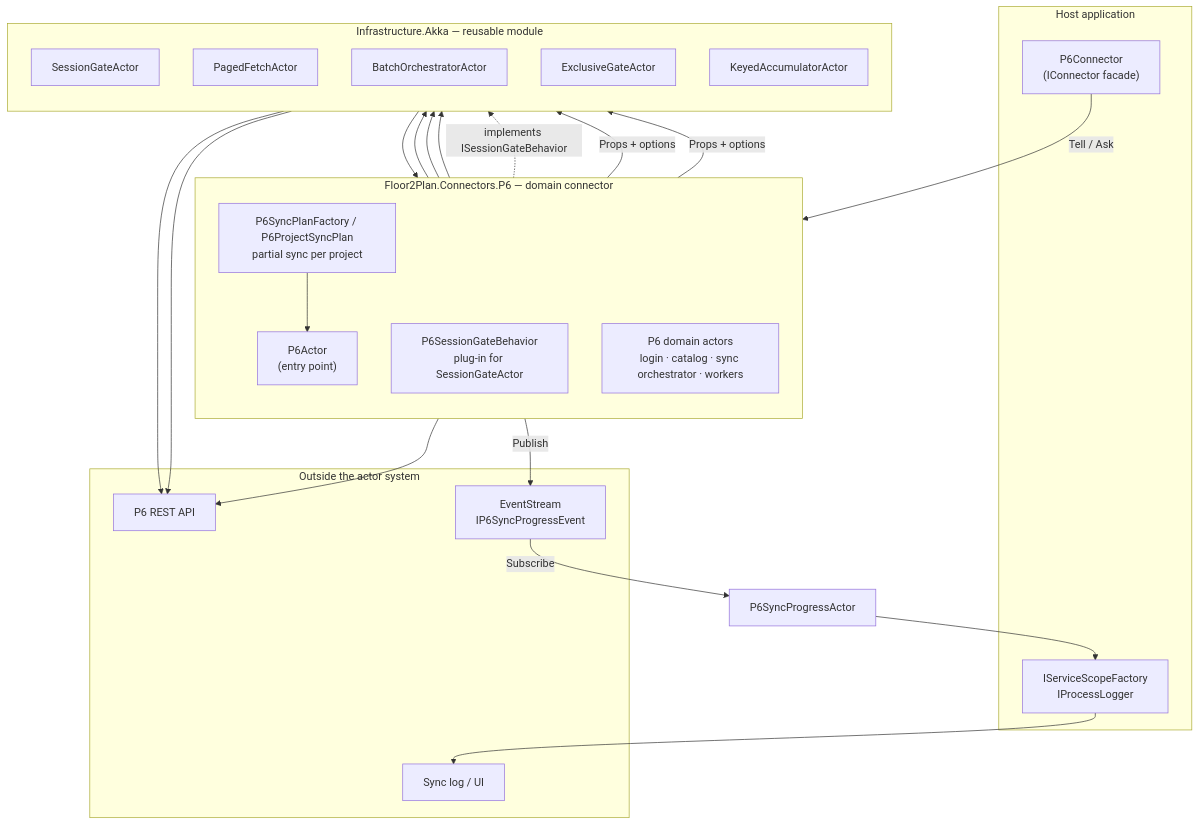
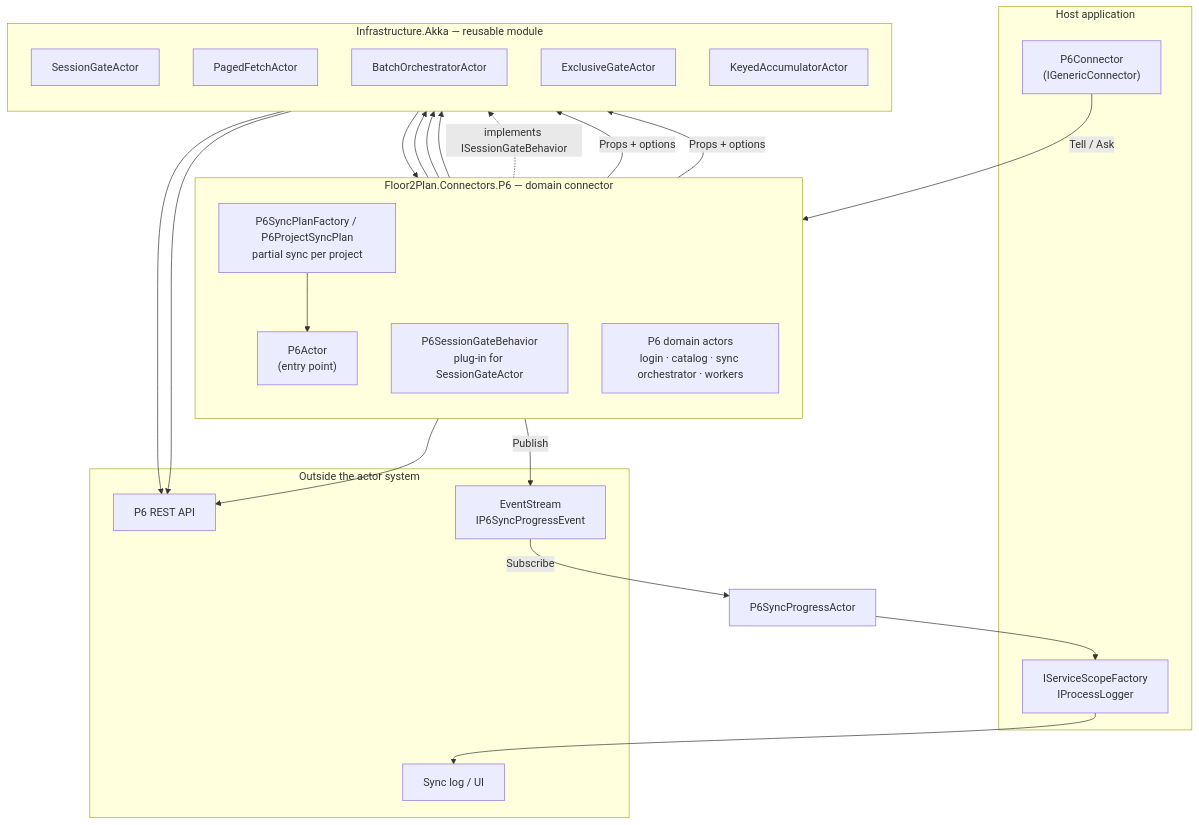
Before and after one commit to robbertF2P/Sandbox: the first of 5 diagrams in OutOfTokens/docs/actor-overview.md, drawn with Mermaid. The commit also changed other lines of this file, not shown here.

Commit message:
Clarify Big picture diagram: Floor2Plan UI/backend before P6Connector

````diff
--- a/OutOfTokens/docs/actor-overview.md
+++ b/OutOfTokens/docs/actor-overview.md
@@ -38,47 +38,47 @@
 ```mermaid
 flowchart TB
     subgraph host ["Host application"]
-        Connector["P6Connector\n(IConnector facade)"]
+        Connector["P6Connector\n(IGenericConnector)"]
         Scope["IServiceScopeFactory\nIProcessLogger"]
     end
 
     subgraph p6 ["Floor2Plan.Connectors.P6 — domain connector"]
         direction TB
         Entry["P6Actor\n(entry point)"]
         Behavior["P6SessionGateBehavior\nplug-in for SessionGateActor"]
         Domain["P6 domain actors\nlogin · catalog · sync orchestrator · workers"]
         Plans["P6SyncPlanFactory / P6ProjectSyncPlan\npartial sync per project"]
     end
 
     subgraph akka ["Infrastructure.Akka — reusable module"]
         direction TB
         SG["SessionGateActor"]
         PF["PagedFetchActor"]
         BO["BatchOrchestratorActor"]
         EG["ExclusiveGateActor"]
         KA["KeyedAccumulatorActor"]
     end
 
     subgraph external ["Outside the actor system"]
         API["P6 REST API"]
         Bus["EventStream\nIP6SyncProgressEvent"]
         Log["Sync log / UI"]
     end
 
     Connector -->|"Tell / Ask"| Entry
     Entry --> SG
     Entry --> EG
     Entry --> KA
     Behavior -.->|"implements ISessionGateBehavior"| SG
     SG --> Domain
     Domain -->|"Props + options"| PF
     Domain -->|"Props + options"| BO
     Plans --> Entry
     PF --> API
     BO --> API
     Domain --> API
     Domain -->|"Publish"| Bus
     Bus -->|"Subscribe"| Progress["P6SyncProgressActor"]
     Progress --> Scope
     Scope --> Log
 ```
````
